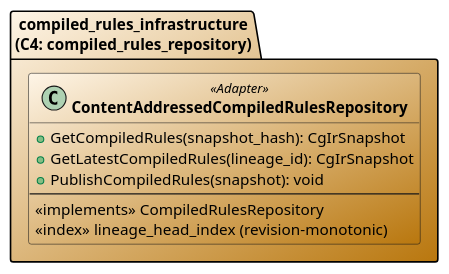
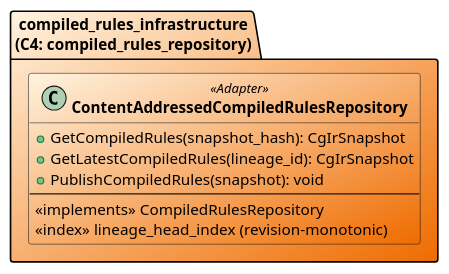
One commit to salimnamvar/selma changed the diagram in docs/class/common/cd_section_infra_compiled_rules.puml. Above: the diagram before and after it, drawn with PlantUML. The commit also changed 54 other files, not shown here.

```diff
--- a/docs/class/common/cd_section_infra_compiled_rules.puml
+++ b/docs/class/common/cd_section_infra_compiled_rules.puml
@@ -1,13 +1,13 @@
 ' Section: cd_section_infra_compiled_rules.puml
 
-package "compiled_rules_infrastructure\n(C4: compiled_rules_repository)" as INFRA_CR #FEF5E7/B9770E {
+package "compiled_rules_infrastructure\n(C4: compiled_rules_repository)" as INFRA_CR #FFF3E0/EF6C00 {
 
-  class "**ContentAddressedCompiledRulesRepository**" as ContentAddressedCompiledRulesRepository <<Adapter>> #FEF5E7/B9770E {
+  class "**ContentAddressedCompiledRulesRepository**" as ContentAddressedCompiledRulesRepository <<Adapter>> #FFF3E0/EF6C00 {
     + GetCompiledRules(snapshot_hash): CgIrSnapshot
     + GetLatestCompiledRules(lineage_id): CgIrSnapshot
     + PublishCompiledRules(snapshot): void
     --
     <<implements>> CompiledRulesRepository
     <<index>> lineage_head_index (revision-monotonic)
   }
 }
```
